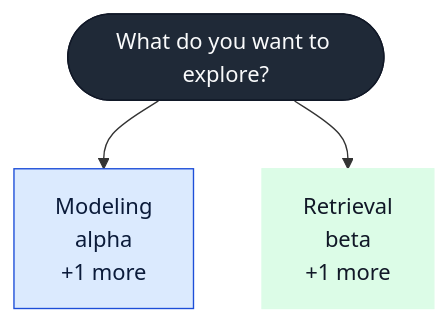
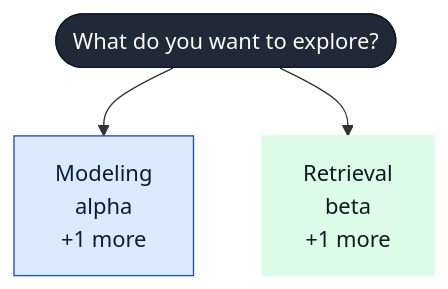
Before and after one commit to adeoluo/profile-forge: the first of 2 diagrams in internal/render/testdata/minimal.md, drawn with Mermaid. The commit also changed 7 other files, not shown here.

First line of the commit message:
Path chart: one repository per line; keep names unwrapped (#6)

````diff
--- a/internal/render/testdata/minimal.md
+++ b/internal/render/testdata/minimal.md
@@ -20,14 +20,15 @@
 ```mermaid
+%%{init: {"flowchart": {"wrappingWidth": 320}}}%%
 flowchart TD
   n_root(["What do you want to explore?"])
   n_root --> n_model["Modeling<br/>alpha<br/>+1 more"]
   n_root --> n_retr["Retrieval<br/>beta<br/>+1 more"]
 
   classDef c_root fill:#1f2937,stroke:#111827,color:#f9fafb;
   classDef c_model fill:#dbeafe,stroke:#1d4ed8,color:#0b1b3a;
   classDef c_retr fill:#dcfce7,stroke:#dcfce7,color:#111827;
 
   class n_root c_root;
   class n_model c_model;
   class n_retr c_retr;
 ```
````
